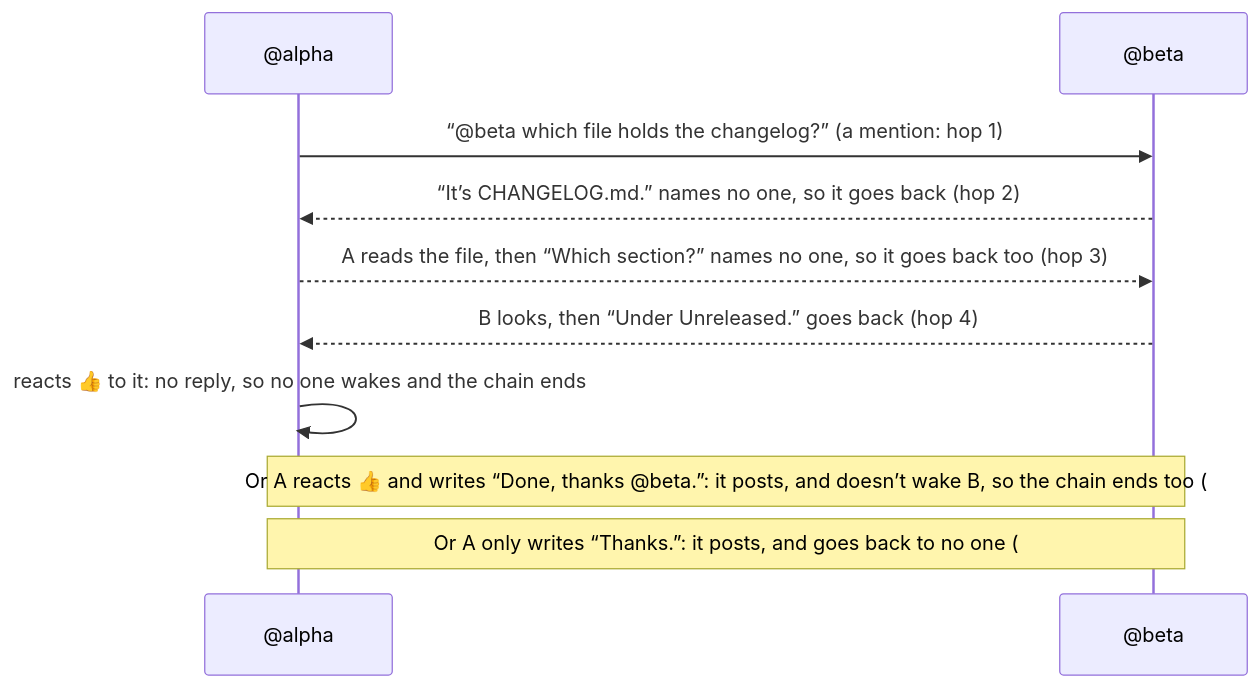
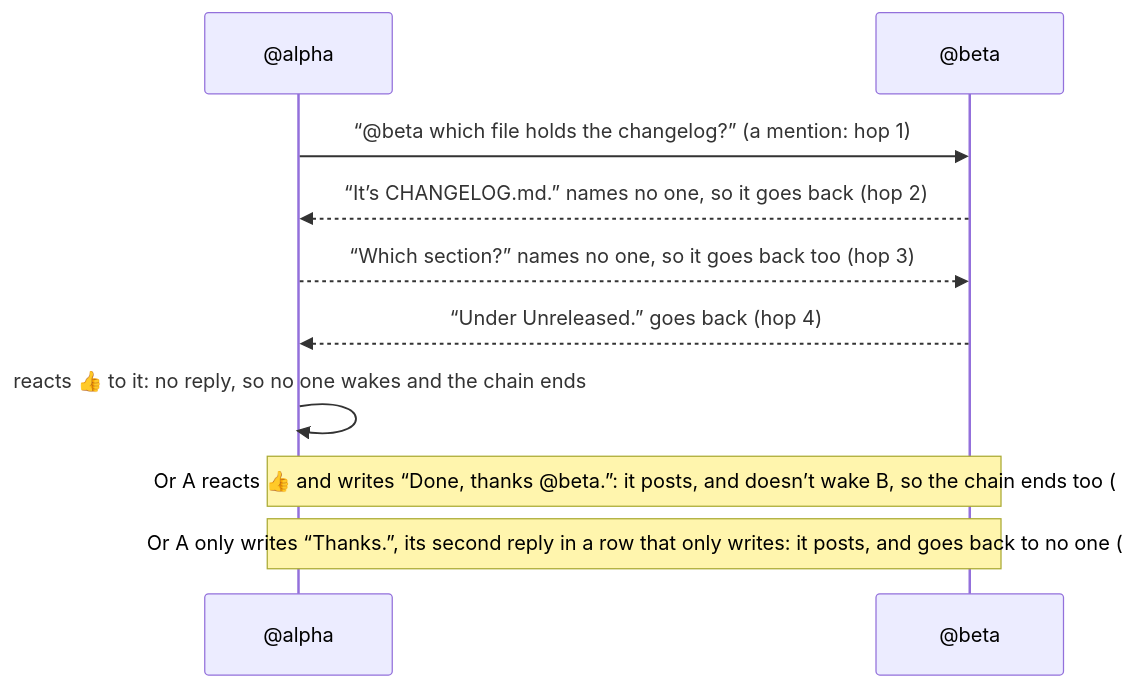
Before and after one commit to HJeon139/postbox: the third of 4 diagrams in designs/rooms-at-scale.md, drawn with Mermaid. The commit also changed other lines of this file and 19 other files, not shown here.

````diff
--- a/designs/rooms-at-scale.md
+++ b/designs/rooms-at-scale.md
@@ -170,12 +170,12 @@
 ```mermaid
 sequenceDiagram
   participant A as @alpha
   participant B as @beta
   A->>B: “@beta which file holds the changelog?” (a mention: hop 1)
   B-->>A: “It’s CHANGELOG.md.” names no one, so it goes back (hop 2)
-  A-->>B: A reads the file, then “Which section?” names no one, so it goes back too (hop 3)
-  B-->>A: B looks, then “Under Unreleased.” goes back (hop 4)
+  A-->>B: “Which section?” names no one, so it goes back too (hop 3)
+  B-->>A: “Under Unreleased.” goes back (hop 4)
   A->>A: reacts 👍 to it: no reply, so no one wakes and the chain ends
   Note over A,B: Or A reacts 👍 and writes “Done, thanks @beta.”: it posts, and doesn’t wake B, so the chain ends too (#1553, #1591)
-  Note over A,B: Or A only writes “Thanks.”: it posts, and goes back to no one (#1591)
+  Note over A,B: Or A only writes “Thanks.”, its second reply in a row that only writes: it posts, and goes back to no one (#1591)
 ```
````
